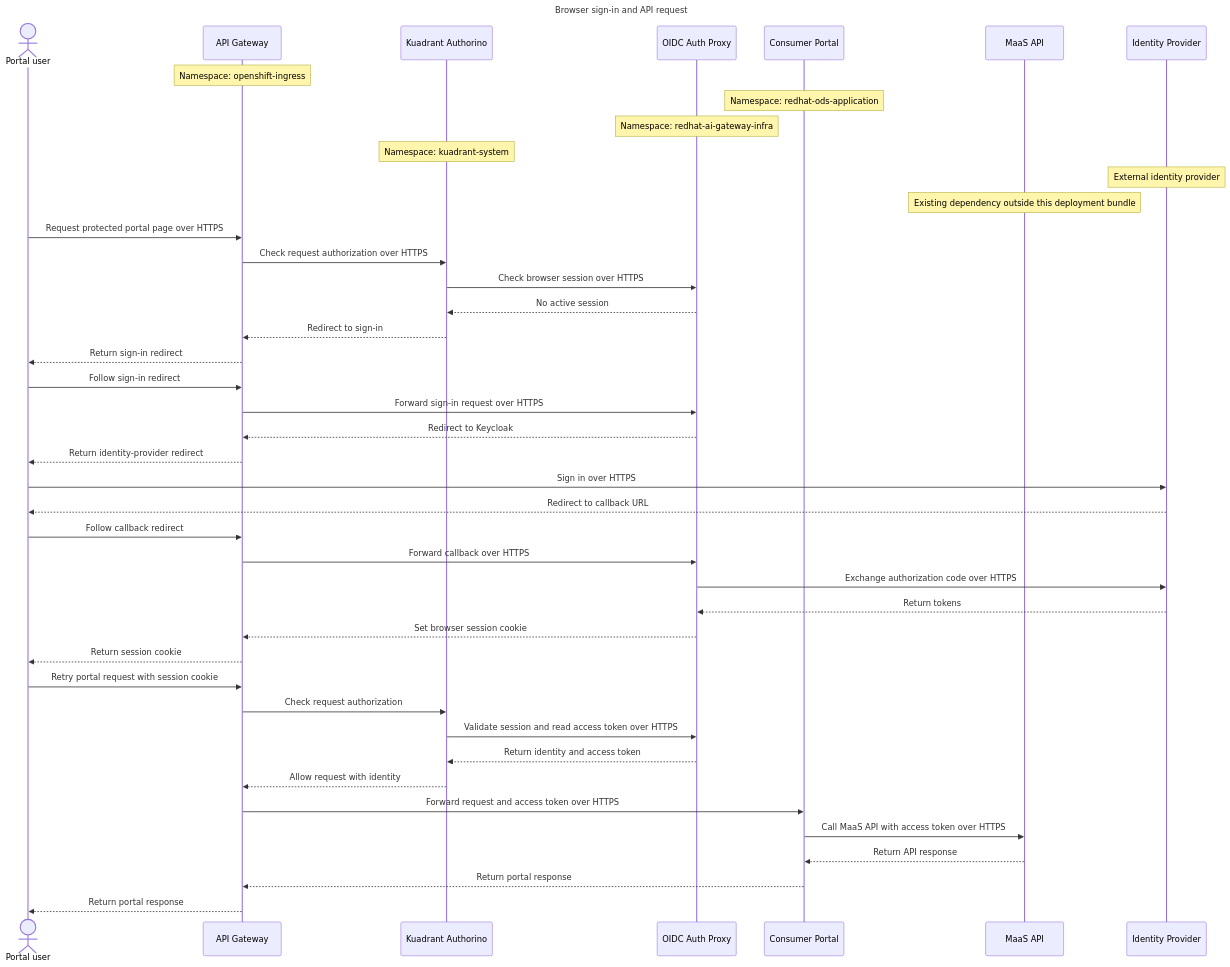
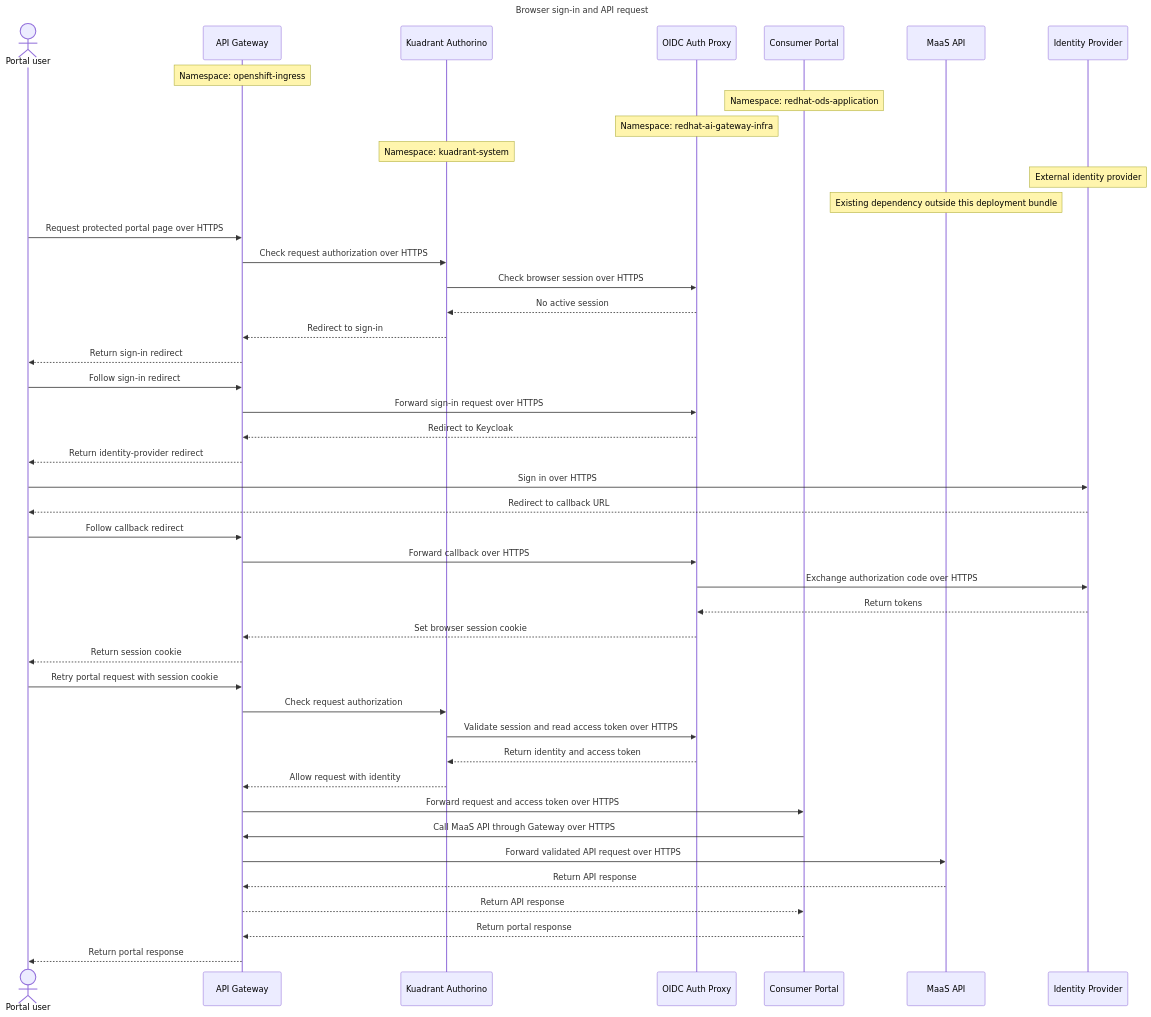
One commit to opendatahub-io/architecture-decision-records changed the second of 2 diagrams in architecture-decision-records/model-serving/ODH-ADR-MS-0007-maas-consumer-portal-oidc-gateway-layout.md. Above: the diagram before and after it, drawn with Mermaid. The commit also changed other lines of this file and 1 other file, not shown here.

````diff
--- a/architecture-decision-records/model-serving/ODH-ADR-MS-0007-maas-consumer-portal-oidc-gateway-layout.md
+++ b/architecture-decision-records/model-serving/ODH-ADR-MS-0007-maas-consumer-portal-oidc-gateway-layout.md
@@ -100,50 +108,52 @@
 ```mermaid
 sequenceDiagram
   title Browser sign-in and API request
   actor User as Portal user
   participant Gateway as API Gateway
   participant Authorino as Kuadrant Authorino
   participant Proxy as OIDC Auth Proxy
   participant Portal as Consumer Portal
   participant API as MaaS API
   participant Keycloak as Identity Provider
 
   Note over Gateway: Namespace: openshift-ingress
   Note over Portal: Namespace: redhat-ods-application
   Note over Proxy: Namespace: redhat-ai-gateway-infra
   Note over Authorino: Namespace: kuadrant-system
   Note over Keycloak: External identity provider
   Note over API: Existing dependency outside this deployment bundle
 
   User->>Gateway: Request protected portal page over HTTPS
   Gateway->>Authorino: Check request authorization over HTTPS
   Authorino->>Proxy: Check browser session over HTTPS
   Proxy-->>Authorino: No active session
   Authorino-->>Gateway: Redirect to sign-in
   Gateway-->>User: Return sign-in redirect
 
   User->>Gateway: Follow sign-in redirect
   Gateway->>Proxy: Forward sign-in request over HTTPS
   Proxy-->>Gateway: Redirect to Keycloak
   Gateway-->>User: Return identity-provider redirect
 
   User->>Keycloak: Sign in over HTTPS
   Keycloak-->>User: Redirect to callback URL
   User->>Gateway: Follow callback redirect
   Gateway->>Proxy: Forward callback over HTTPS
   Proxy->>Keycloak: Exchange authorization code over HTTPS
   Keycloak-->>Proxy: Return tokens
   Proxy-->>Gateway: Set browser session cookie
   Gateway-->>User: Return session cookie
 
   User->>Gateway: Retry portal request with session cookie
   Gateway->>Authorino: Check request authorization
   Authorino->>Proxy: Validate session and read access token over HTTPS
   Proxy-->>Authorino: Return identity and access token
   Authorino-->>Gateway: Allow request with identity
   Gateway->>Portal: Forward request and access token over HTTPS
-  Portal->>API: Call MaaS API with access token over HTTPS
-  API-->>Portal: Return API response
+  Portal->>Gateway: Call MaaS API through Gateway over HTTPS
+  Gateway->>API: Forward validated API request over HTTPS
+  API-->>Gateway: Return API response
+  Gateway-->>Portal: Return API response
   Portal-->>Gateway: Return portal response
   Gateway-->>User: Return portal response
 ```
````
